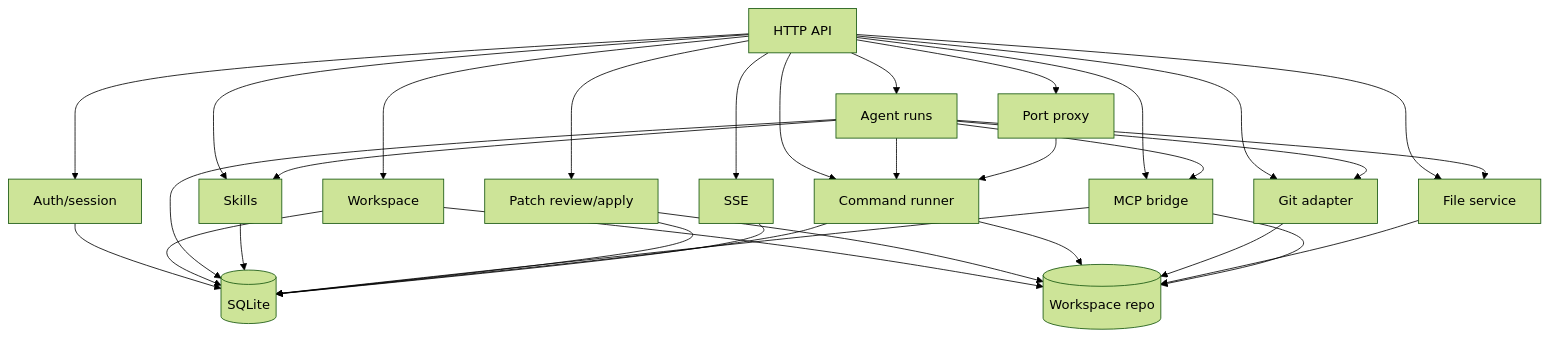
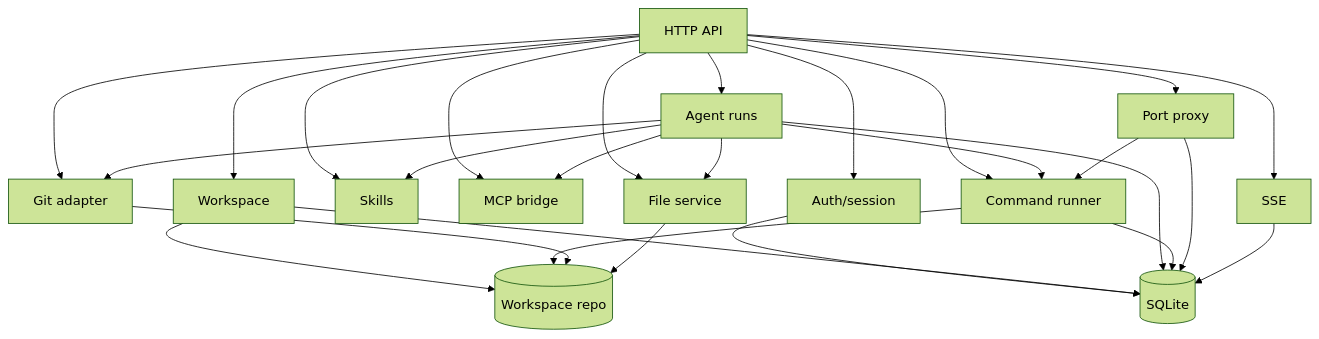
One commit to phamtanminhtien/patchpilot changed the second of 6 diagrams in docs/app-architecture.md. Above: the diagram before and after it, drawn with Mermaid (forest theme). The commit also changed other lines of this file and 3 other files, not shown here.

````diff
--- a/docs/app-architecture.md
+++ b/docs/app-architecture.md
@@ -28,51 +28,45 @@
 ```mermaid
 flowchart TB
   API["HTTP API"]
   Auth["Auth/session"]
   Workspace["Workspace"]
   Agent["Agent runs"]
   Skills["Skills"]
   MCP["MCP bridge"]
-  Patch["Patch review/apply"]
   Runner["Command runner"]
   Git["Git adapter"]
   Files["File service"]
   Ports["Port proxy"]
   Events["SSE"]
   DB[("SQLite")]
   Repo[("Workspace repo")]
 
   API --> Auth
   API --> Workspace
   API --> Agent
   API --> Skills
   API --> MCP
-  API --> Patch
   API --> Runner
   API --> Git
   API --> Files
   API --> Ports
   API --> Events
 
   Auth --> DB
   Workspace --> DB
   Agent --> DB
-  Skills --> DB
-  MCP --> DB
-  Patch --> DB
   Runner --> DB
+  Ports --> DB
   Events --> DB
 
   Workspace --> Repo
   Agent --> Files
   Agent --> Git
   Agent --> Runner
   Agent --> Skills
   Agent --> MCP
-  Patch --> Repo
   Runner --> Repo
   Git --> Repo
   Files --> Repo
   Ports --> Runner
-  MCP --> Repo
 ```
````
